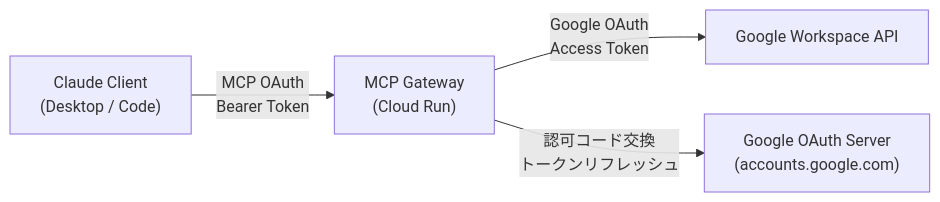
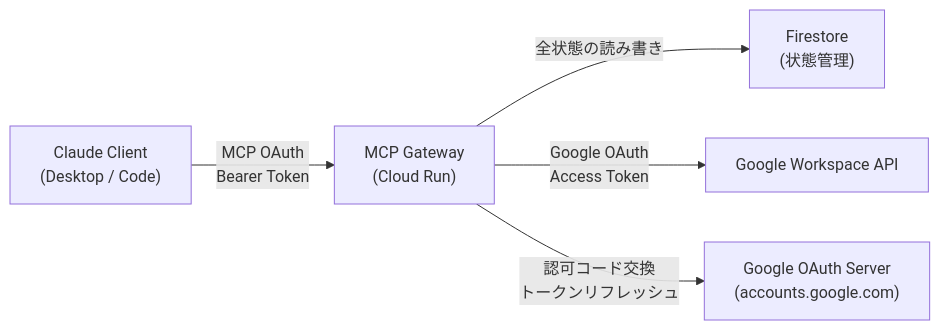
The first of 10 diagrams in specs/remote-mcp-gateway/auth-flows.md (kushim-team/gws-cli), drawn with Mermaid before and after one commit. The commit also changed other lines of this file and 2 other files, not shown here.

Commit message:
feat: implement stateless architecture with Firestore migration and independent TTL for refresh tokens

````diff
--- a/specs/remote-mcp-gateway/auth-flows.md
+++ b/specs/remote-mcp-gateway/auth-flows.md
@@ -18,11 +18,13 @@
 ```mermaid
 graph LR
     Client["Claude Client<br/>(Desktop / Code)"]
     Gateway["MCP Gateway<br/>(Cloud Run)"]
+    Firestore["Firestore<br/>(状態管理)"]
     Google["Google OAuth Server<br/>(accounts.google.com)"]
     GAPI["Google Workspace API"]
 
     Client -->|"MCP OAuth<br/>Bearer Token"| Gateway
+    Gateway -->|"全状態の読み書き"| Firestore
     Gateway -->|"Google OAuth<br/>Access Token"| GAPI
     Gateway -->|"認可コード交換<br/>トークンリフレッシュ"| Google
 ```
````
